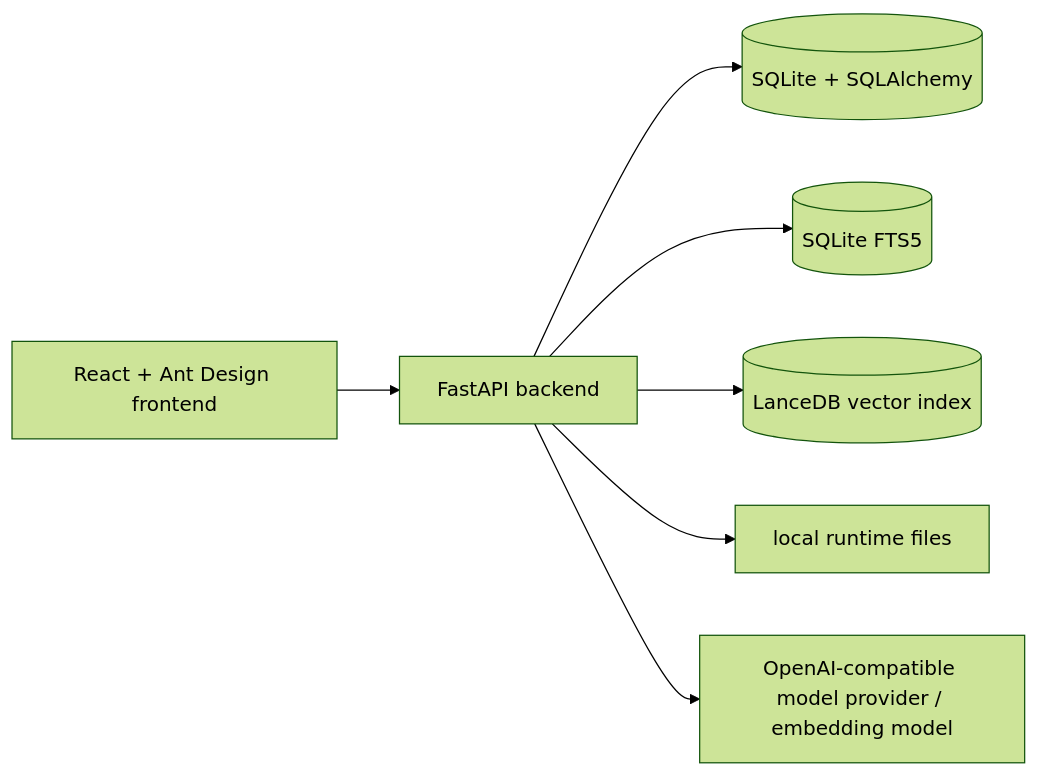
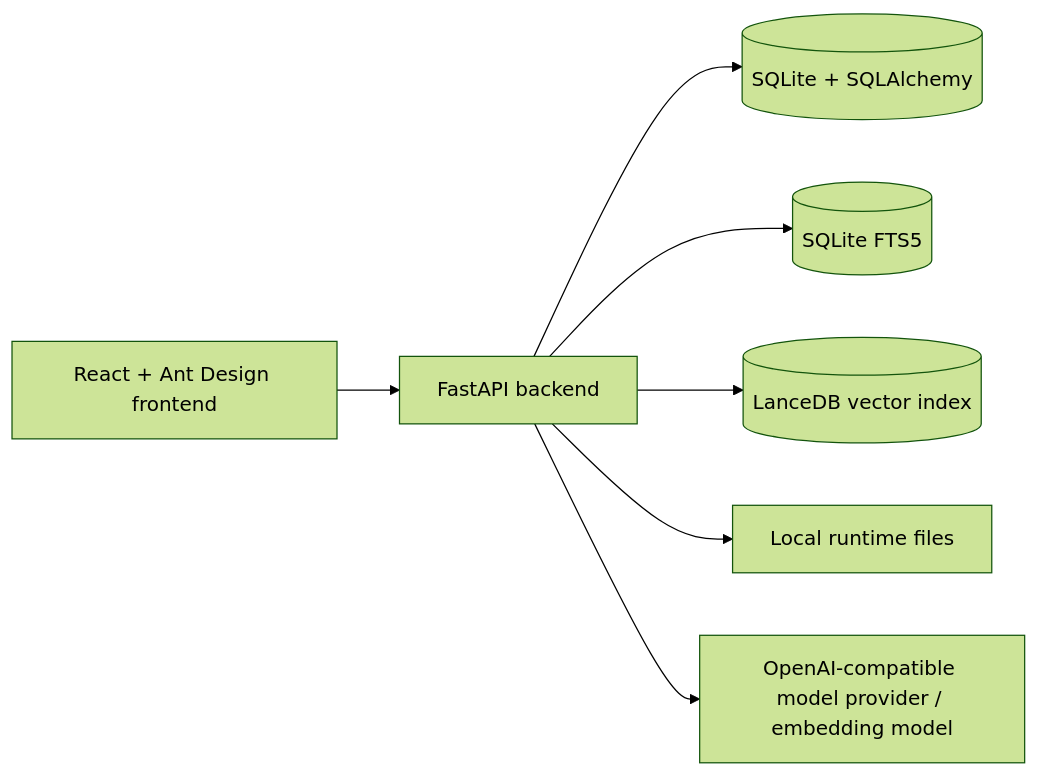
Before and after one commit to GeoSyntax/idl-rag: the second of 2 diagrams in README.en-US.md, drawn with Mermaid (forest theme). The commit also changed other lines of this file and 1 other file, not shown here.

````diff
--- a/README.en-US.md
+++ b/README.en-US.md
@@ -174,9 +85,9 @@
 ```mermaid
 flowchart LR
   UI[React + Ant Design frontend] --> API[FastAPI backend]
   API --> DB[(SQLite + SQLAlchemy)]
   API --> FTS[(SQLite FTS5)]
   API --> VEC[(LanceDB vector index)]
-  API --> FS[local runtime files]
+  API --> FS[Local runtime files]
   API --> LLM[OpenAI-compatible model provider / embedding model]
 ```
````
